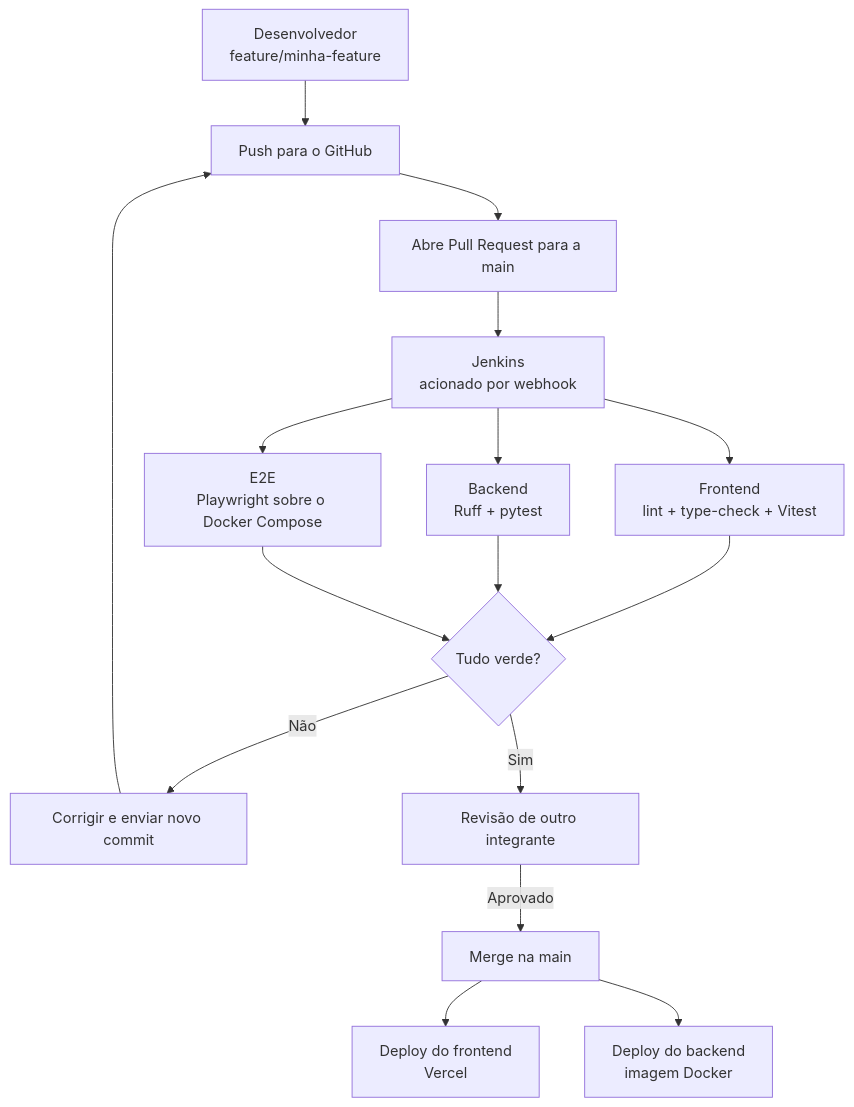
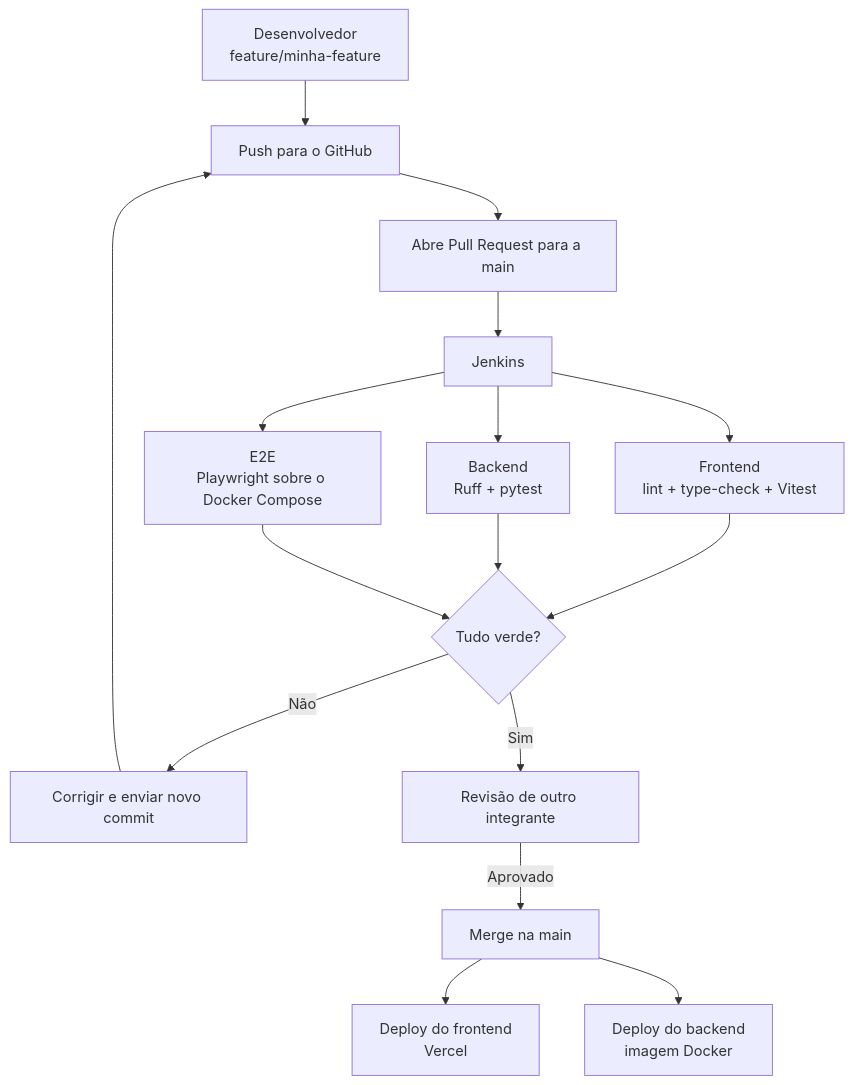
Before and after one commit to C14-Inatel-2026-2/Sistema-de-Gestao-Despesas: the third of 3 diagrams in README.md, drawn with Mermaid. The commit also changed other lines of this file, not shown here.

````diff
--- a/README.md
+++ b/README.md
@@ -220,18 +198,18 @@
 ```mermaid
 flowchart TD
     A["Desenvolvedor<br/>feature/minha-feature"] --> B["Push para o GitHub"]
     B --> C["Abre Pull Request para a main"]
-    C --> D["Jenkins<br/>acionado por webhook"]
+    C --> D["Jenkins"]
     D --> E["Frontend<br/>lint + type-check + Vitest"]
     D --> F["Backend<br/>Ruff + pytest"]
     D --> M["E2E<br/>Playwright sobre o Docker Compose"]
     E --> G{"Tudo verde?"}
     F --> G
     M --> G
     G -->|"Não"| H["Corrigir e enviar novo commit"]
     H --> B
     G -->|"Sim"| I["Revisão de outro integrante"]
     I -->|"Aprovado"| J["Merge na main"]
     J --> K["Deploy do frontend<br/>Vercel"]
     J --> L["Deploy do backend<br/>imagem Docker"]
 ```
````
